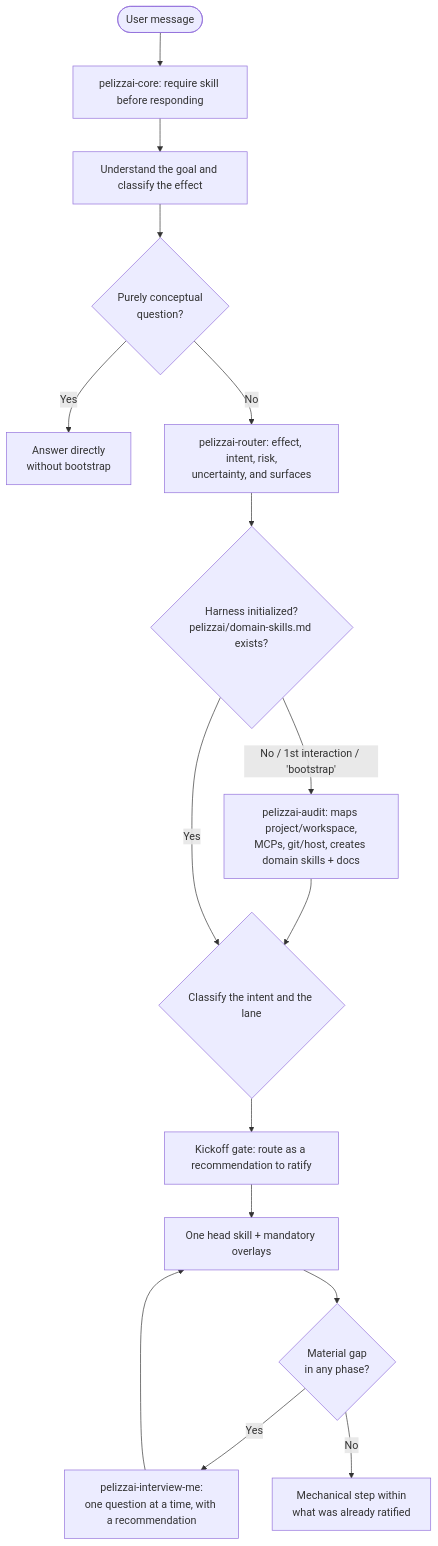
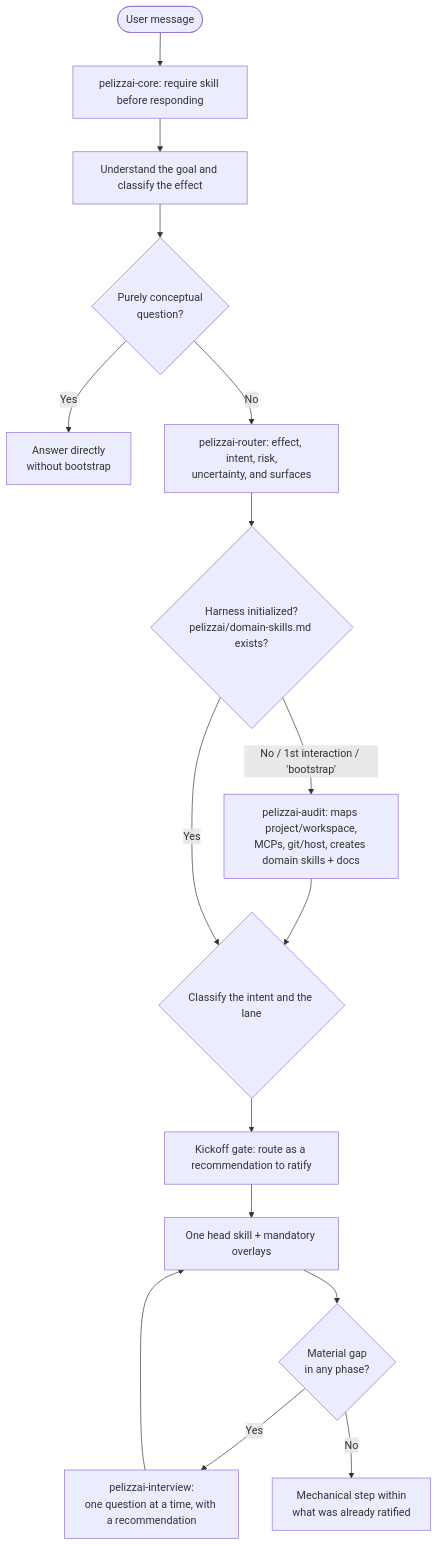
One commit to rpelizza/PelizzAI changed the diagram in dist/.claude/skills/pelizzai-core/SKILL.md. Above: the diagram before and after it, drawn with Mermaid. The commit also changed other lines of this file and 309 other files, not shown here.

````diff
--- a/dist/.claude/skills/pelizzai-core/SKILL.md
+++ b/dist/.claude/skills/pelizzai-core/SKILL.md
@@ -187,18 +187,18 @@
 ```mermaid
 flowchart TD
     U(["User message"]) --> P["pelizzai-core: require skill before responding"]
     P --> G["Understand the goal and classify the effect"]
     G --> CONC{"Purely conceptual<br/>question?"}
     CONC -- "Yes" --> ANSC["Answer directly<br/>without bootstrap"]
     CONC -- "No" --> RT["pelizzai-router: effect, intent, risk,<br/>uncertainty, and surfaces"]
     RT --> BOOT{"Harness initialized?<br/>pelizzai/domain-skills.md exists?"}
     BOOT -- "No / 1st interaction / 'bootstrap'" --> AUD["pelizzai-audit: maps project/workspace,<br/>MCPs, git/host, creates domain skills + docs"]
     AUD --> CLS
     BOOT -- "Yes" --> CLS{"Classify the intent and the lane"}
     CLS --> KICK["Kickoff gate: route as a recommendation to ratify"]
     KICK --> HEAD["One head skill + mandatory overlays"]
     HEAD --> GAP{"Material gap<br/>in any phase?"}
-    GAP -- "Yes" --> IV["pelizzai-interview-me:<br/>one question at a time, with a recommendation"]
+    GAP -- "Yes" --> IV["pelizzai-interview:<br/>one question at a time, with a recommendation"]
     IV --> HEAD
     GAP -- "No" --> GO["Mechanical step within<br/>what was already ratified"]
 ```
````
